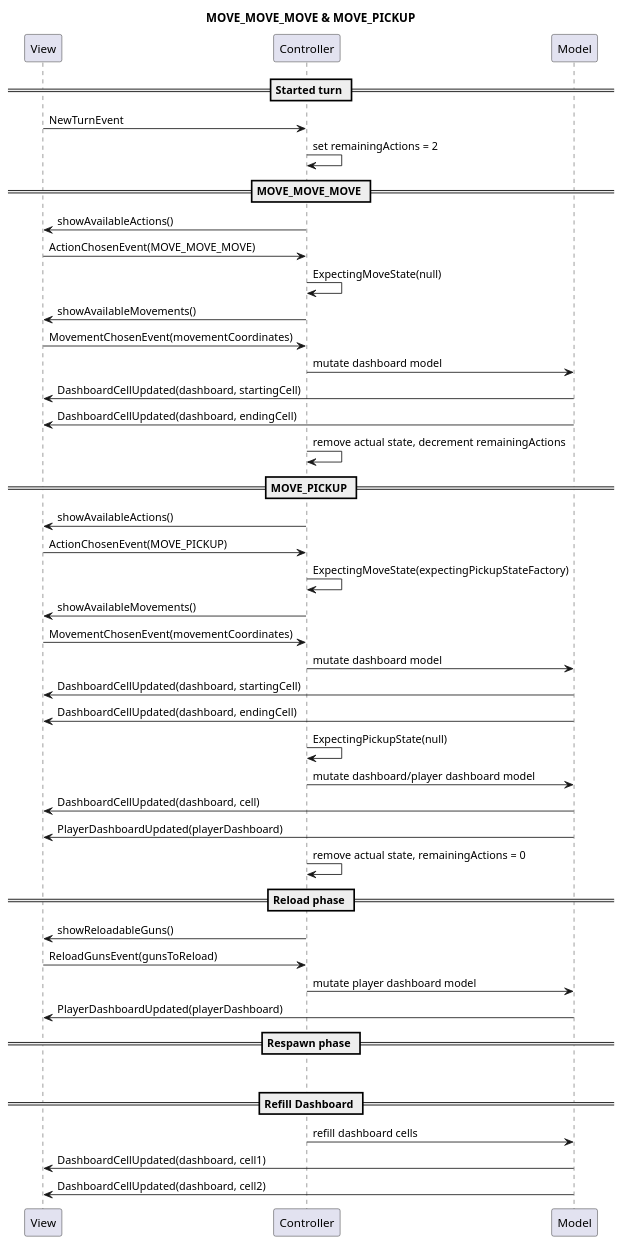
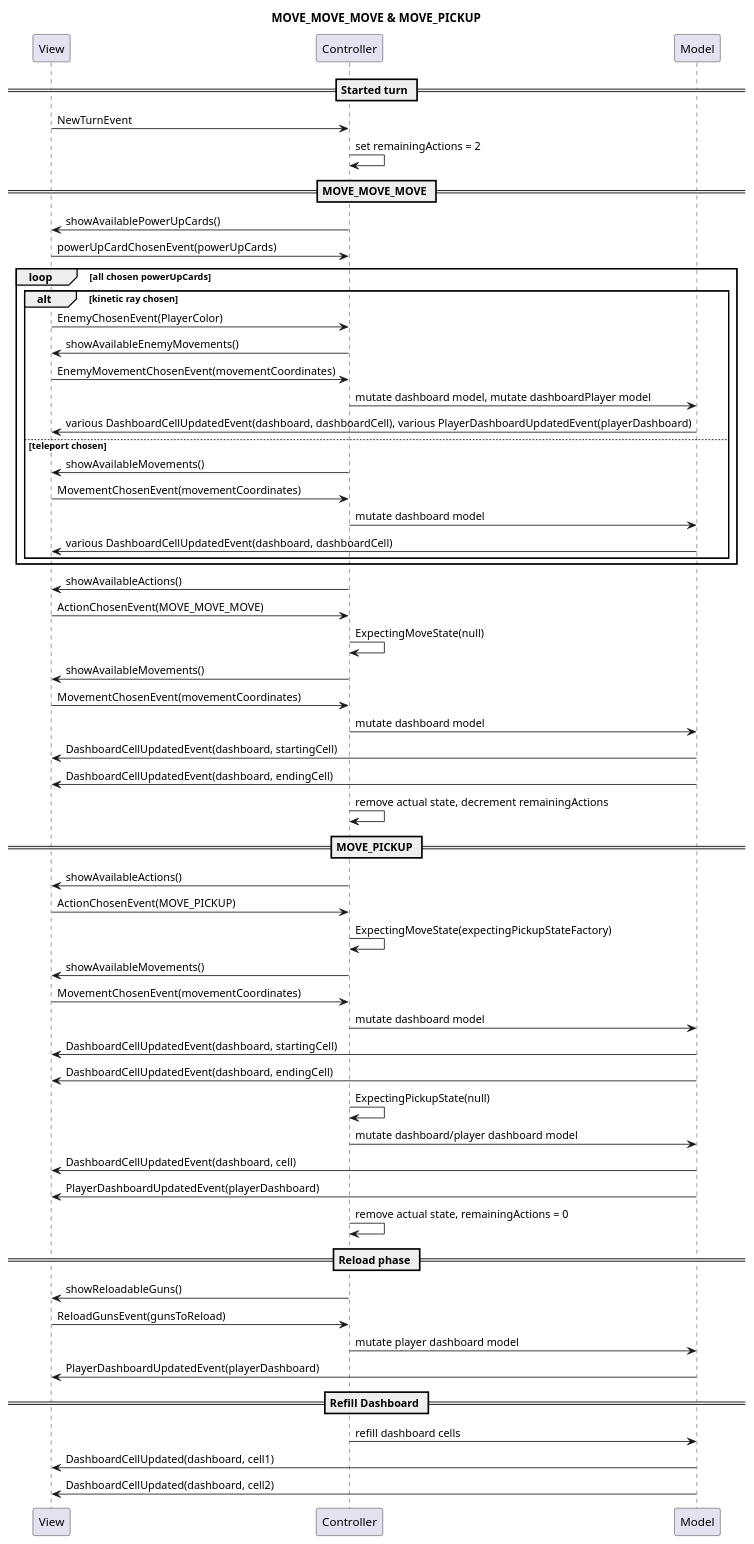
Before and after one commit to slinkydeveloper/ing-sw-2019-guardiani-mucignat-lischio: the diagram in uml/MOVE_MOVE_MOVE_and_MOVE_PICKUP_flow.puml, drawn with PlantUML. The commit also changed 3 other files, not shown here.

Commit message:
Added model and view events Added Controller states but don't know how to manage the factory Added Scope flow in shoot cases Added VenomGranade flow in shoot cases Added an example of teleport and kinetic ray flow in move case Added view methods

```diff
--- a/uml/MOVE_MOVE_MOVE_and_MOVE_PICKUP_flow.puml
+++ b/uml/MOVE_MOVE_MOVE_and_MOVE_PICKUP_flow.puml
@@ -1,55 +1,69 @@
 @startuml
 title MOVE_MOVE_MOVE & MOVE_PICKUP
 
 == Started turn ==
 
 View -> Controller: NewTurnEvent
 Controller -> Controller: set remainingActions = 2
 
 == MOVE_MOVE_MOVE ==
 
+Controller -> View: showAvailablePowerUpCards()
+View -> Controller: powerUpCardChosenEvent(powerUpCards)
+loop all chosen powerUpCards
+  alt kinetic ray chosen
+    View -> Controller: EnemyChosenEvent(PlayerColor)
+    Controller -> View: showAvailableEnemyMovements()
+    View -> Controller: EnemyMovementChosenEvent(movementCoordinates)
+    Controller -> Model: mutate dashboard model, mutate dashboardPlayer model
+    Model -> View: various DashboardCellUpdatedEvent(dashboard, dashboardCell), various PlayerDashboardUpdatedEvent(playerDashboard)
+  else teleport chosen
+    Controller -> View: showAvailableMovements()
+    View -> Controller: MovementChosenEvent(movementCoordinates)
+    Controller -> Model: mutate dashboard model
+    Model -> View: various DashboardCellUpdatedEvent(dashboard, dashboardCell)
+  end
+end
+
+
 Controller -> View: showAvailableActions()
 View -> Controller: ActionChosenEvent(MOVE_MOVE_MOVE)
 Controller -> Controller: ExpectingMoveState(null)
 Controller -> View: showAvailableMovements()
 View -> Controller: MovementChosenEvent(movementCoordinates)
 Controller -> Model: mutate dashboard model
-Model -> View: DashboardCellUpdated(dashboard, startingCell)
-Model -> View: DashboardCellUpdated(dashboard, endingCell)
+Model -> View: DashboardCellUpdatedEvent(dashboard, startingCell)
+Model -> View: DashboardCellUpdatedEvent(dashboard, endingCell)
 Controller -> Controller: remove actual state, decrement remainingActions
 
 == MOVE_PICKUP ==
 
 Controller -> View: showAvailableActions()
 View -> Controller: ActionChosenEvent(MOVE_PICKUP)
 Controller -> Controller: ExpectingMoveState(expectingPickupStateFactory)
 Controller -> View: showAvailableMovements()
 View -> Controller: MovementChosenEvent(movementCoordinates)
 Controller -> Model: mutate dashboard model
-Model -> View: DashboardCellUpdated(dashboard, startingCell)
-Model -> View: DashboardCellUpdated(dashboard, endingCell)
+Model -> View: DashboardCellUpdatedEvent(dashboard, startingCell)
+Model -> View: DashboardCellUpdatedEvent(dashboard, endingCell)
 Controller -> Controller: ExpectingPickupState(null)
 Controller -> Model: mutate dashboard/player dashboard model
-Model -> View: DashboardCellUpdated(dashboard, cell)
-Model -> View: PlayerDashboardUpdated(playerDashboard)
+Model -> View: DashboardCellUpdatedEvent(dashboard, cell)
+Model -> View: PlayerDashboardUpdatedEvent(playerDashboard)
 Controller -> Controller: remove actual state, remainingActions = 0
 
 == Reload phase ==
 
 Controller -> View: showReloadableGuns()
 View -> Controller: ReloadGunsEvent(gunsToReload)
 Controller -> Model: mutate player dashboard model
-Model -> View: PlayerDashboardUpdated(playerDashboard)
-
-== Respawn phase ==
-
-loop killed player
+Model -> View: PlayerDashboardUpdatedEvent(playerDashboard)
 
 
 == Refill Dashboard ==
 
 Controller -> Model: refill dashboard cells
 Model -> View: DashboardCellUpdated(dashboard, cell1)
 Model -> View: DashboardCellUpdated(dashboard, cell2)
 
 @enduml
```
